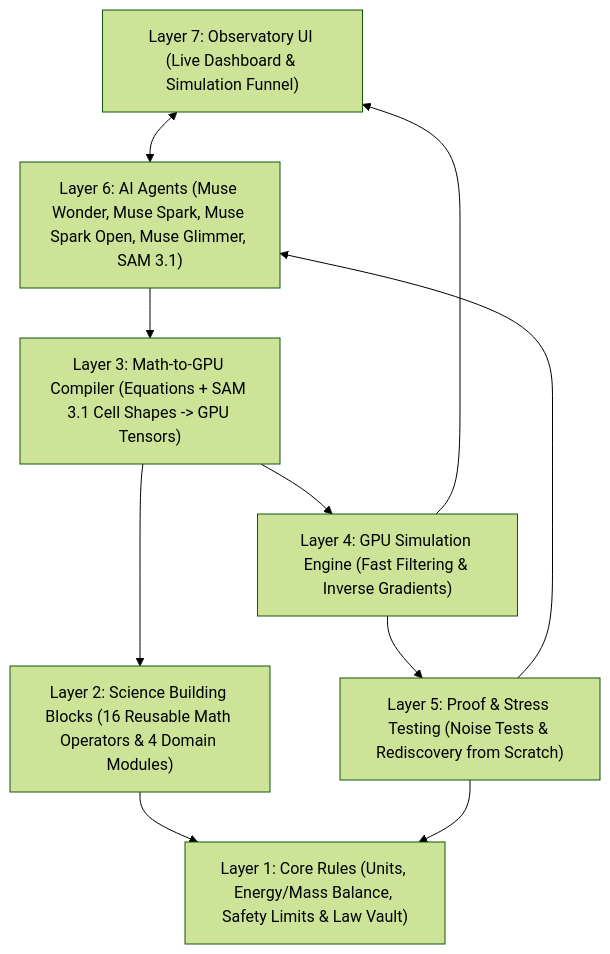
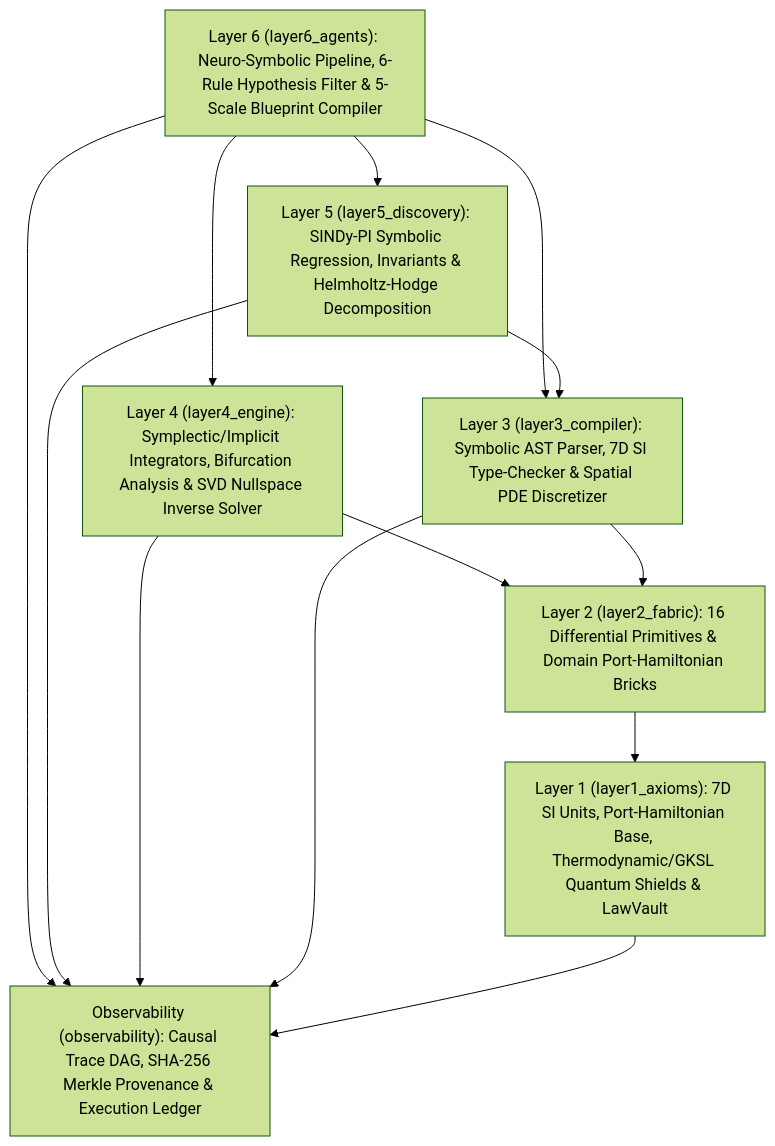
The diagram in README.md (bradharris4523-beep/Cortivra), drawn with Mermaid (forest theme) before and after one commit. The commit also changed other lines of this file and 78 other files, not shown here.

Commit message:
Add web workbench, proof exporters, and updated simulation pipeline

````diff
--- a/README.md
+++ b/README.md
@@ -11,20 +81,23 @@
 ```mermaid
 flowchart TD
-    L7["Layer 7: Observatory UI (Live Dashboard & Simulation Funnel)"]
-    L6["Layer 6: AI Agents (Muse Wonder, Muse Spark, Muse Spark Open, Muse Glimmer, SAM 3.1)"]
-    L5["Layer 5: Proof & Stress Testing (Noise Tests & Rediscovery from Scratch)"]
-    L4["Layer 4: GPU Simulation Engine (Fast Filtering & Inverse Gradients)"]
-    L3["Layer 3: Math-to-GPU Compiler (Equations + SAM 3.1 Cell Shapes -> GPU Tensors)"]
-    L2["Layer 2: Science Building Blocks (16 Reusable Math Operators & 4 Domain Modules)"]
-    L1["Layer 1: Core Rules (Units, Energy/Mass Balance, Safety Limits & Law Vault)"]
+    L6["Layer 6 (layer6_agents): Neuro-Symbolic Pipeline, 6-Rule Hypothesis Filter & 5-Scale Blueprint Compiler"]
+    L5["Layer 5 (layer5_discovery): SINDy-PI Symbolic Regression, Invariants & Helmholtz-Hodge Decomposition"]
+    L4["Layer 4 (layer4_engine): Symplectic/Implicit Integrators, Bifurcation Analysis & SVD Nullspace Inverse Solver"]
+    L3["Layer 3 (layer3_compiler): Symbolic AST Parser, 7D SI Type-Checker & Spatial PDE Discretizer"]
+    L2["Layer 2 (layer2_fabric): 16 Differential Primitives & Domain Port-Hamiltonian Bricks"]
+    L1["Layer 1 (layer1_axioms): 7D SI Units, Port-Hamiltonian Base, Thermodynamic/GKSL Quantum Shields & LawVault"]
+    OBS["Observability (observability): Causal Trace DAG, SHA-256 Merkle Provenance & Execution Ledger"]
 
-    L7 <--> L6
+    L6 --> L5
+    L6 --> L4
     L6 --> L3
+    L5 --> L3
+    L4 --> L2
     L3 --> L2
     L2 --> L1
-    L3 --> L4
-    L4 --> L5
-    L5 --> L1
-    L5 --> L6
-    L4 --> L7
+    L6 --> OBS
+    L5 --> OBS
+    L4 --> OBS
+    L3 --> OBS
+    L1 --> OBS
 ```
````
